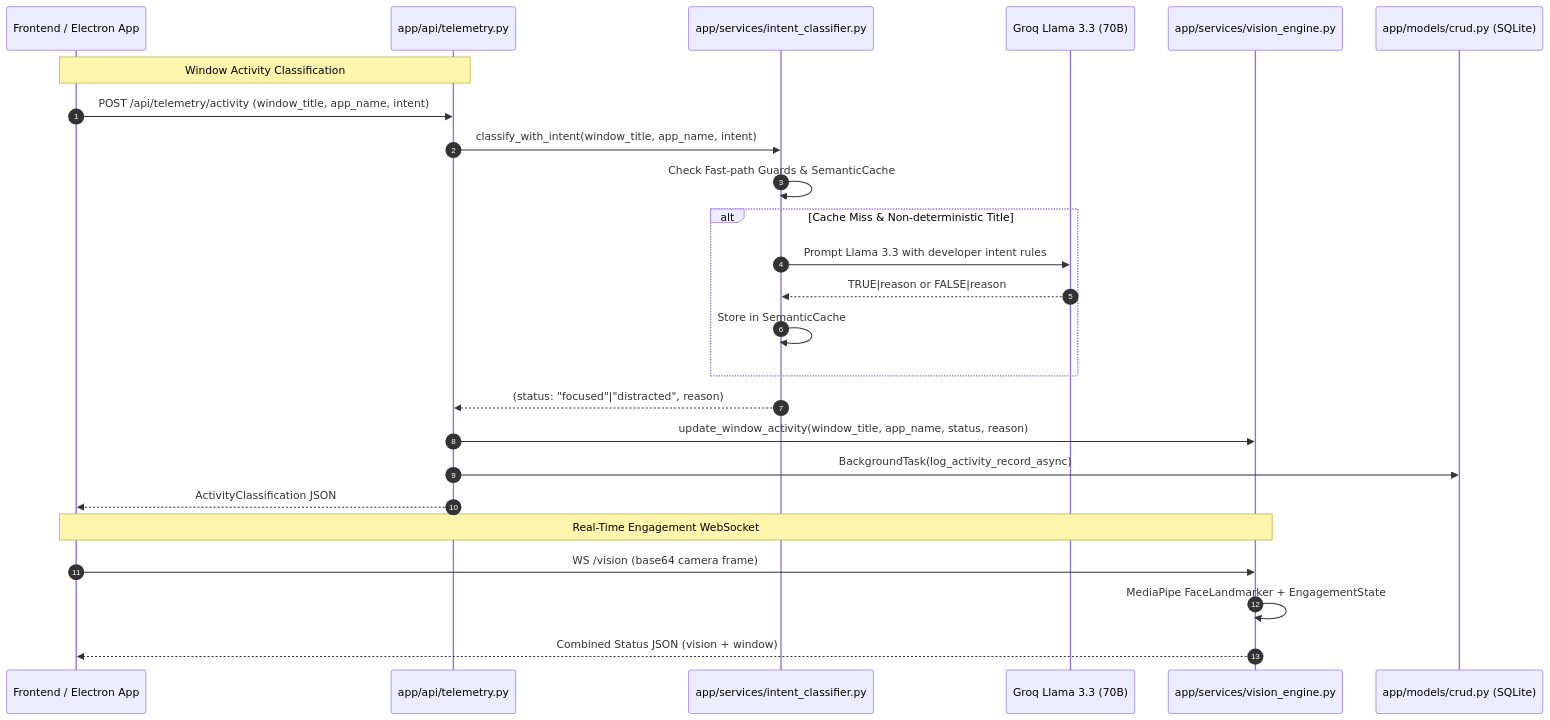
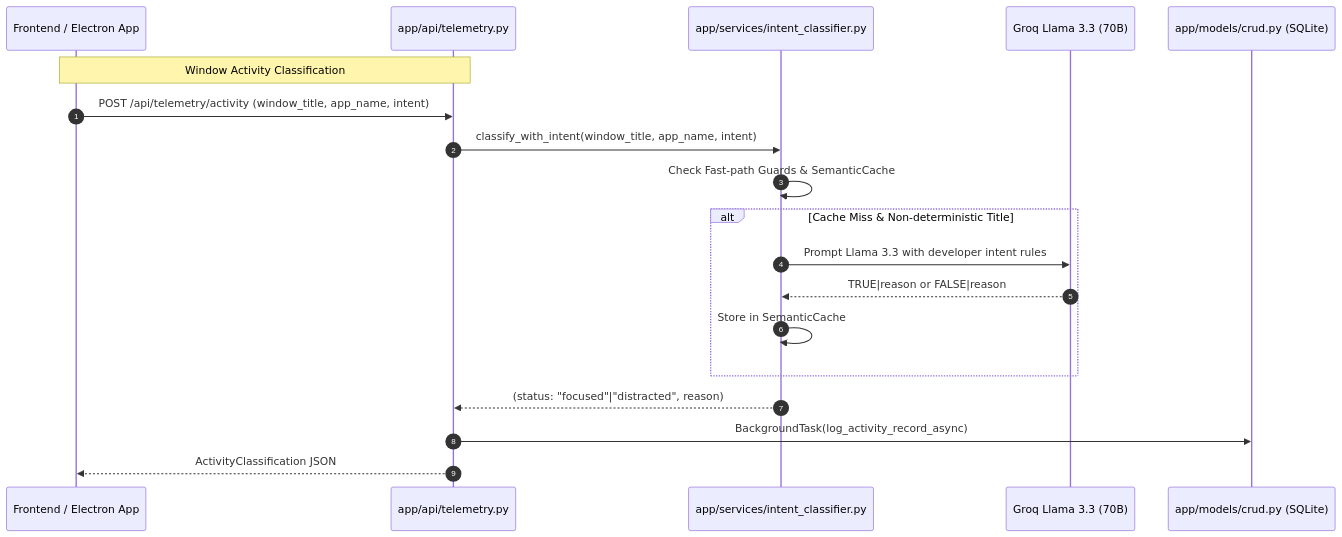
One commit to Ariiivv/prodify changed the diagram in docs/ARCHITECTURE.md. Above: the diagram before and after it, drawn with Mermaid. The commit also changed other lines of this file and 32 other files, not shown here.

Commit message:
feat: pivot from camera vision to robust keyboard/mouse input activity monitoring

````diff
--- a/docs/ARCHITECTURE.md
+++ b/docs/ARCHITECTURE.md
@@ -65,29 +65,22 @@
 ```mermaid
 sequenceDiagram
     autonumber
     participant Client as Frontend / Electron App
     participant API as app/api/telemetry.py
     participant IntentService as app/services/intent_classifier.py
     participant Llama as Groq Llama 3.3 (70B)
-    participant VisionService as app/services/vision_engine.py
     participant DB as app/models/crud.py (SQLite)
 
     Note over Client,API: Window Activity Classification
     Client->>API: POST /api/telemetry/activity (window_title, app_name, intent)
     API->>IntentService: classify_with_intent(window_title, app_name, intent)
     IntentService->>IntentService: Check Fast-path Guards & SemanticCache
     alt Cache Miss & Non-deterministic Title
         IntentService->>Llama: Prompt Llama 3.3 with developer intent rules
         Llama-->>IntentService: TRUE|reason or FALSE|reason
         IntentService->>IntentService: Store in SemanticCache
     end
     IntentService-->>API: (status: "focused"|"distracted", reason)
-    API->>VisionService: update_window_activity(window_title, app_name, status, reason)
     API->>DB: BackgroundTask(log_activity_record_async)
     API-->>Client: ActivityClassification JSON
-
-    Note over Client,VisionService: Real-Time Engagement WebSocket
-    Client->>VisionService: WS /vision (base64 camera frame)
-    VisionService->>VisionService: MediaPipe FaceLandmarker + EngagementState
-    VisionService-->>Client: Combined Status JSON (vision + window)
 ```
````
